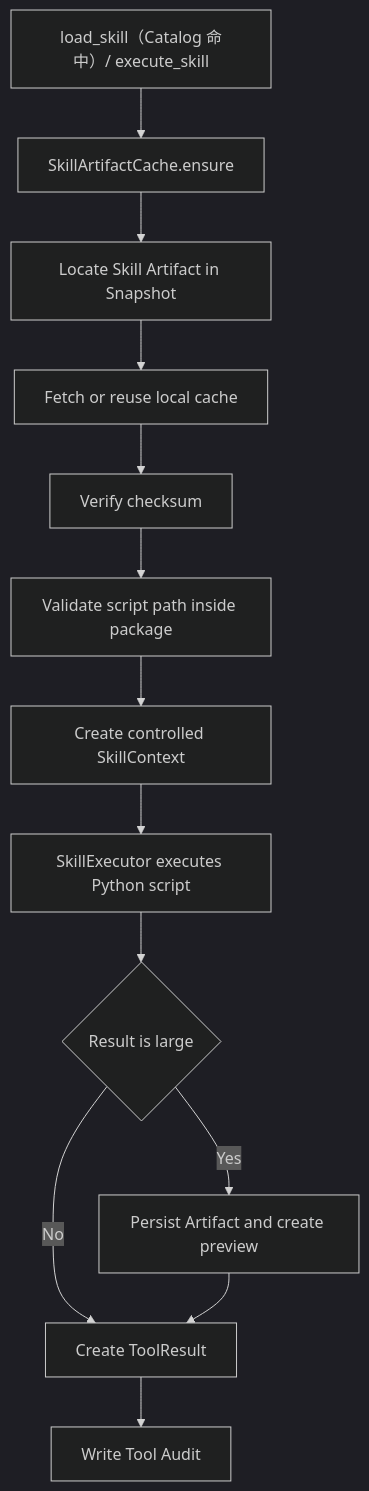
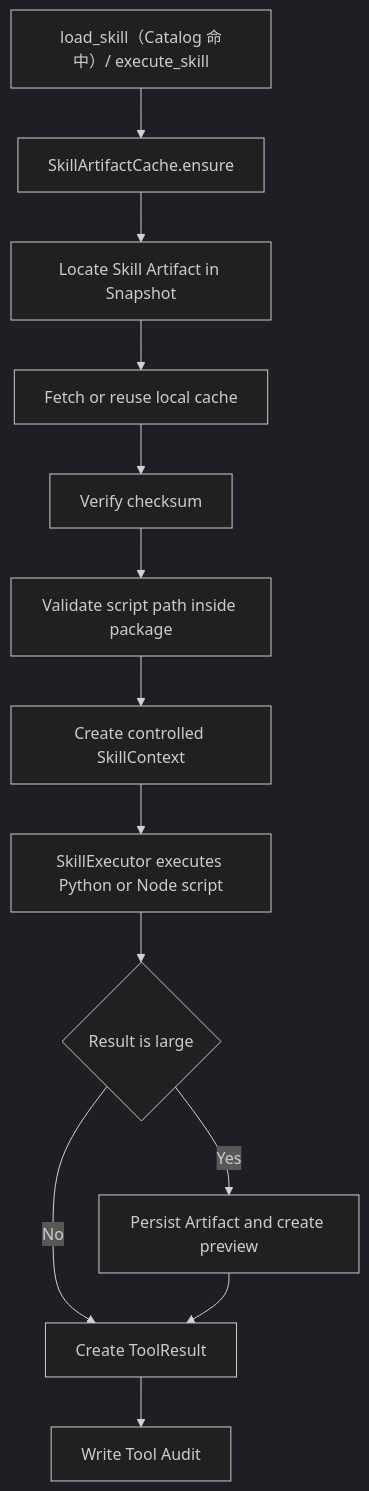
Before and after one commit to Michaelxwb/fluxion-harness: the third of 5 diagrams in docs/06-Skill-SDK与Egress-Boundary详细设计.md, drawn with Mermaid (dark theme). The commit also changed other lines of this file and 47 other files, not shown here.

````diff
--- a/docs/06-Skill-SDK与Egress-Boundary详细设计.md
+++ b/docs/06-Skill-SDK与Egress-Boundary详细设计.md
@@ -172,15 +182,15 @@
 ```mermaid
 flowchart TD
     A[load_skill（Catalog 命中）/ execute_skill] --> B[SkillArtifactCache.ensure]
     B --> C[Locate Skill Artifact in Snapshot]
     C --> D[Fetch or reuse local cache]
     D --> E[Verify checksum]
     E --> F[Validate script path inside package]
     F --> G[Create controlled SkillContext]
-    G --> H[SkillExecutor executes Python script]
+    G --> H[SkillExecutor executes Python or Node script]
     H --> I{Result is large}
     I -->|Yes| J[Persist Artifact and create preview]
     I -->|No| K[Create ToolResult]
     J --> K
     K --> L[Write Tool Audit]
 ```
````
